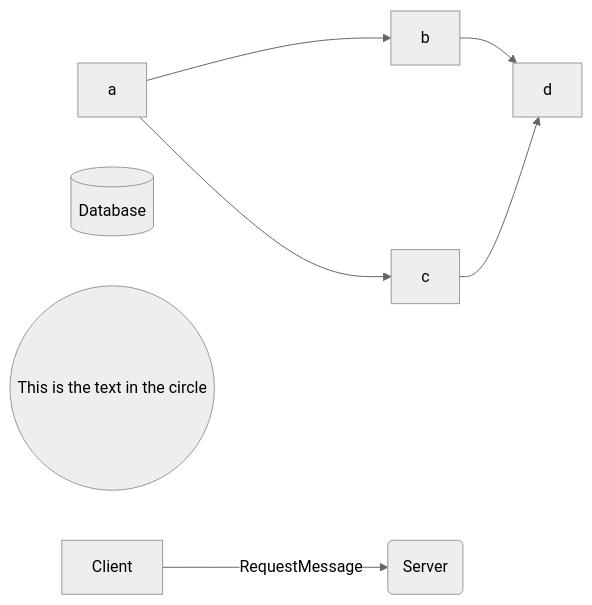
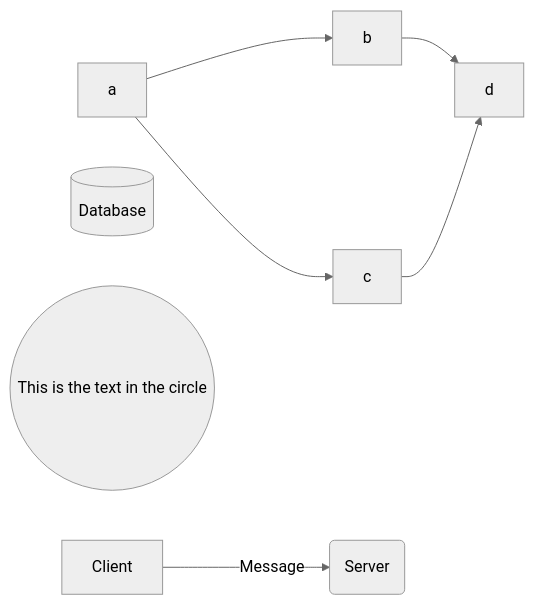
One commit to curol/go-net changed the fourth of 5 diagrams in README.md. Above: the diagram before and after it, drawn with Mermaid (neutral theme). The commit also changed other lines of this file and 26 other files, not shown here.

````diff
--- a/README.md
+++ b/README.md
@@ -53,11 +53,11 @@
 ```mermaid
 flowchart LR
 
 a --> b & c--> d
 
 id1[(Database)]
 
 id2((This is the text in the circle))
 
-A[Client] -->|RequestMessage| B(Server)
+A[Client] -->|Message| B(Server)
 ```
````
